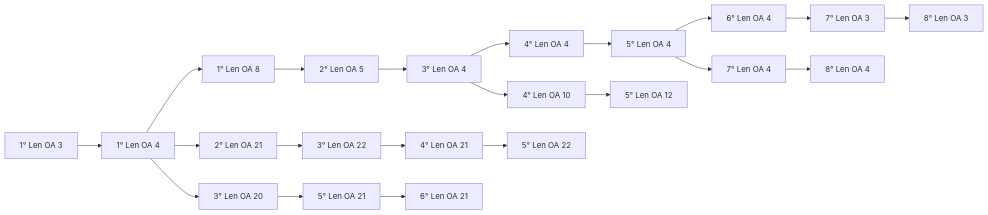
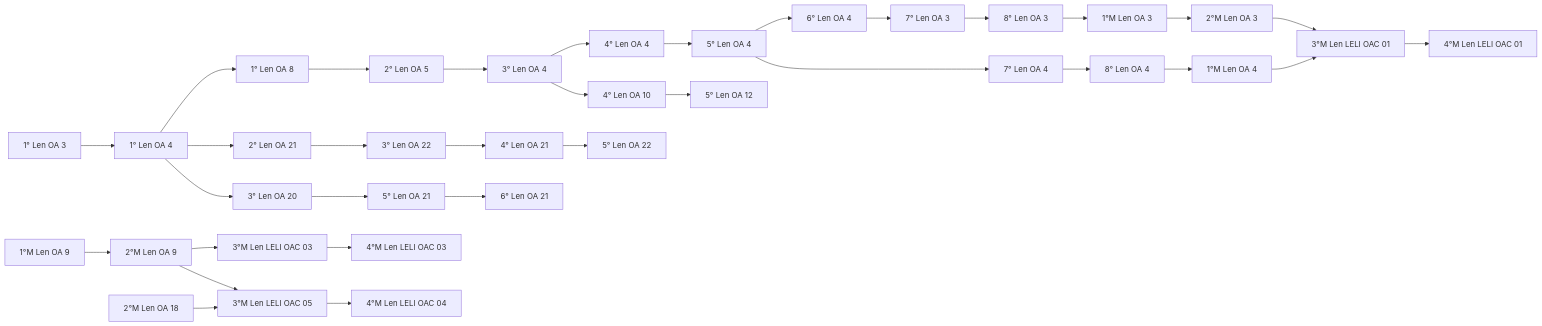
Before and after one commit to seanduarteu-cyber/PRODUCCION-PLAYMAKER: the second of 4 diagrams in expedicion-saber/docs/progresion.md, drawn with Mermaid. The commit also changed 11 other files, not shown here.

````diff
--- a/expedicion-saber/docs/progresion.md
+++ b/expedicion-saber/docs/progresion.md
@@ -65,23 +65,35 @@
 ```mermaid
 flowchart LR
   1_basico_lenguaje_OA3["1° Len OA 3"] --> 1_basico_lenguaje_OA4["1° Len OA 4"]
   1_basico_lenguaje_OA4["1° Len OA 4"] --> 1_basico_lenguaje_OA8["1° Len OA 8"]
   1_basico_lenguaje_OA8["1° Len OA 8"] --> 2_basico_lenguaje_OA5["2° Len OA 5"]
   1_basico_lenguaje_OA4["1° Len OA 4"] --> 2_basico_lenguaje_OA21["2° Len OA 21"]
   2_basico_lenguaje_OA5["2° Len OA 5"] --> 3_basico_lenguaje_OA4["3° Len OA 4"]
   1_basico_lenguaje_OA4["1° Len OA 4"] --> 3_basico_lenguaje_OA20["3° Len OA 20"]
   2_basico_lenguaje_OA21["2° Len OA 21"] --> 3_basico_lenguaje_OA22["3° Len OA 22"]
   3_basico_lenguaje_OA4["3° Len OA 4"] --> 4_basico_lenguaje_OA4["4° Len OA 4"]
   3_basico_lenguaje_OA4["3° Len OA 4"] --> 4_basico_lenguaje_OA10["4° Len OA 10"]
   3_basico_lenguaje_OA22["3° Len OA 22"] --> 4_basico_lenguaje_OA21["4° Len OA 21"]
   4_basico_lenguaje_OA4["4° Len OA 4"] --> 5_basico_lenguaje_OA4["5° Len OA 4"]
   4_basico_lenguaje_OA10["4° Len OA 10"] --> 5_basico_lenguaje_OA12["5° Len OA 12"]
   3_basico_lenguaje_OA20["3° Len OA 20"] --> 5_basico_lenguaje_OA21["5° Len OA 21"]
   4_basico_lenguaje_OA21["4° Len OA 21"] --> 5_basico_lenguaje_OA22["5° Len OA 22"]
   5_basico_lenguaje_OA4["5° Len OA 4"] --> 6_basico_lenguaje_OA4["6° Len OA 4"]
   5_basico_lenguaje_OA21["5° Len OA 21"] --> 6_basico_lenguaje_OA21["6° Len OA 21"]
   6_basico_lenguaje_OA4["6° Len OA 4"] --> 7_basico_lenguaje_OA3["7° Len OA 3"]
   5_basico_lenguaje_OA4["5° Len OA 4"] --> 7_basico_lenguaje_OA4["7° Len OA 4"]
   7_basico_lenguaje_OA3["7° Len OA 3"] --> 8_basico_lenguaje_OA3["8° Len OA 3"]
   7_basico_lenguaje_OA4["7° Len OA 4"] --> 8_basico_lenguaje_OA4["8° Len OA 4"]
+  8_basico_lenguaje_OA3["8° Len OA 3"] --> 1_medio_lenguaje_OA3["1°M Len OA 3"]
+  8_basico_lenguaje_OA4["8° Len OA 4"] --> 1_medio_lenguaje_OA4["1°M Len OA 4"]
+  1_medio_lenguaje_OA3["1°M Len OA 3"] --> 2_medio_lenguaje_OA3["2°M Len OA 3"]
+  1_medio_lenguaje_OA9["1°M Len OA 9"] --> 2_medio_lenguaje_OA9["2°M Len OA 9"]
+  2_medio_lenguaje_OA3["2°M Len OA 3"] --> 3_medio_lenguaje_OA1["3°M Len LELI OAC 01"]
+  1_medio_lenguaje_OA4["1°M Len OA 4"] --> 3_medio_lenguaje_OA1["3°M Len LELI OAC 01"]
+  2_medio_lenguaje_OA9["2°M Len OA 9"] --> 3_medio_lenguaje_OA3["3°M Len LELI OAC 03"]
+  2_medio_lenguaje_OA18["2°M Len OA 18"] --> 3_medio_lenguaje_OA5["3°M Len LELI OAC 05"]
+  2_medio_lenguaje_OA9["2°M Len OA 9"] --> 3_medio_lenguaje_OA5["3°M Len LELI OAC 05"]
+  3_medio_lenguaje_OA1["3°M Len LELI OAC 01"] --> 4_medio_lenguaje_OA1["4°M Len LELI OAC 01"]
+  3_medio_lenguaje_OA3["3°M Len LELI OAC 03"] --> 4_medio_lenguaje_OA3["4°M Len LELI OAC 03"]
+  3_medio_lenguaje_OA5["3°M Len LELI OAC 05"] --> 4_medio_lenguaje_OA4["4°M Len LELI OAC 04"]
 ```
````
